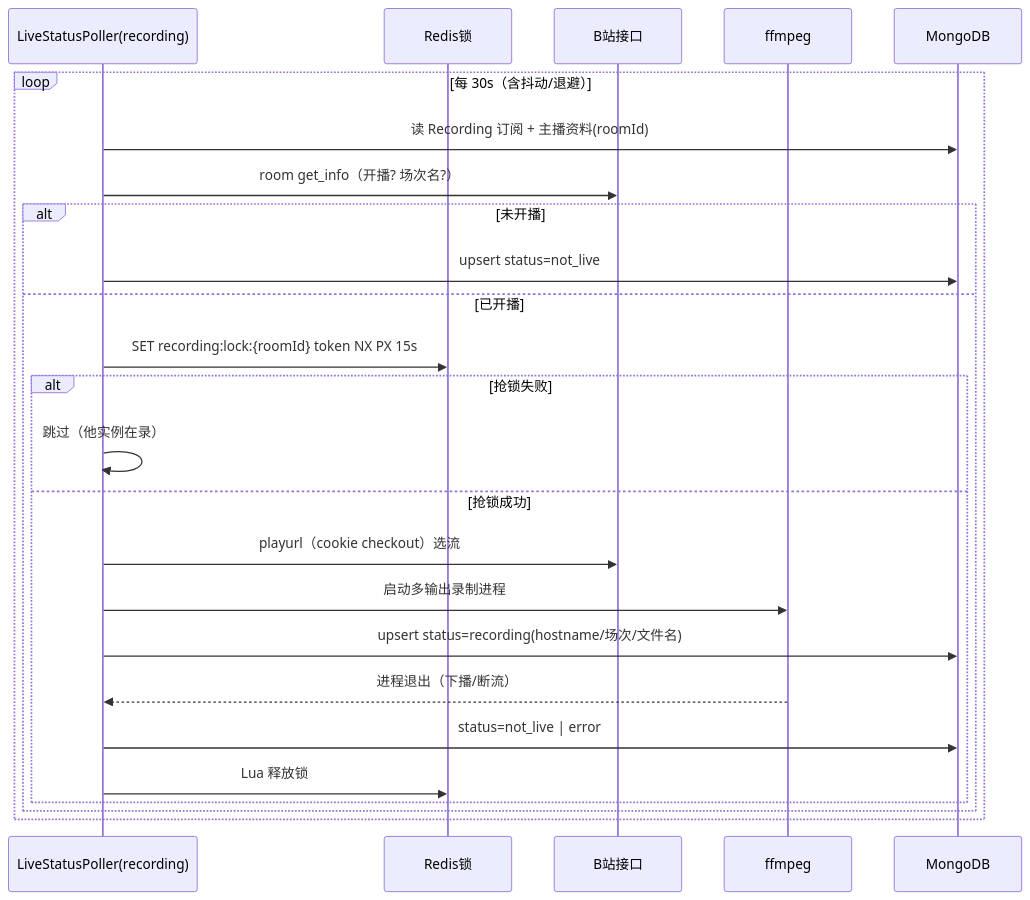
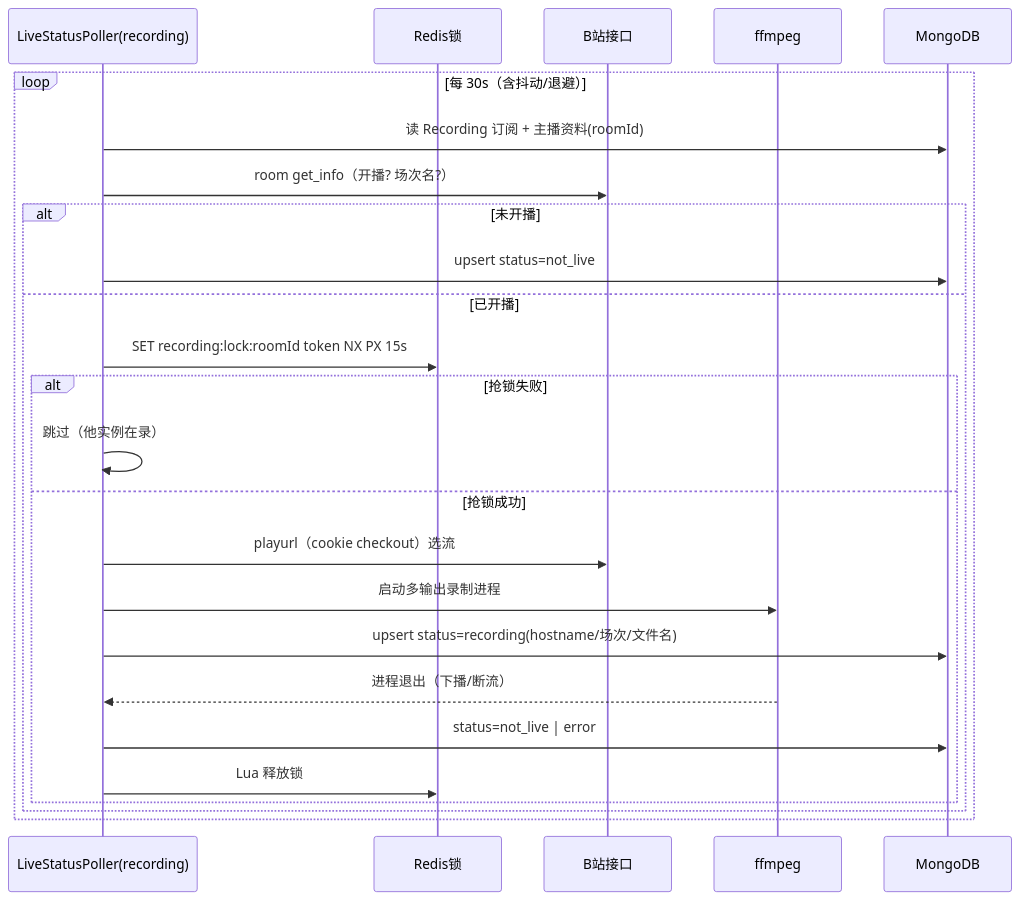
The second of 2 diagrams in docs/engineering/proposals/20260913-proposal-live-recording.md (Deliay/z-vtuber), drawn with Mermaid before and after one commit. The commit also changed other lines of this file, not shown here.

Commit message:
docs: fix mermaid parse error in live recording proposal diagram

````diff
--- a/docs/engineering/proposals/20260913-proposal-live-recording.md
+++ b/docs/engineering/proposals/20260913-proposal-live-recording.md
@@ -164,28 +164,28 @@
 ```mermaid
 sequenceDiagram
     participant P as LiveStatusPoller(recording)
     participant L as Redis锁
     participant B as B站接口
     participant F as ffmpeg
     participant M as MongoDB
 
     loop 每 30s（含抖动/退避）
         P->>M: 读 Recording 订阅 + 主播资料(roomId)
         P->>B: room get_info（开播? 场次名?）
         alt 未开播
             P->>M: upsert status=not_live
         else 已开播
-            P->>L: SET recording:lock:{roomId} token NX PX 15s
+            P->>L: SET recording:lock:roomId token NX PX 15s
             alt 抢锁失败
                 P->>P: 跳过（他实例在录）
             else 抢锁成功
                 P->>B: playurl（cookie checkout）选流
                 P->>F: 启动多输出录制进程
                 P->>M: upsert status=recording(hostname/场次/文件名)
                 F-->>P: 进程退出（下播/断流）
                 P->>M: status=not_live | error
                 P->>L: Lua 释放锁
             end
         end
     end
 ```
````
